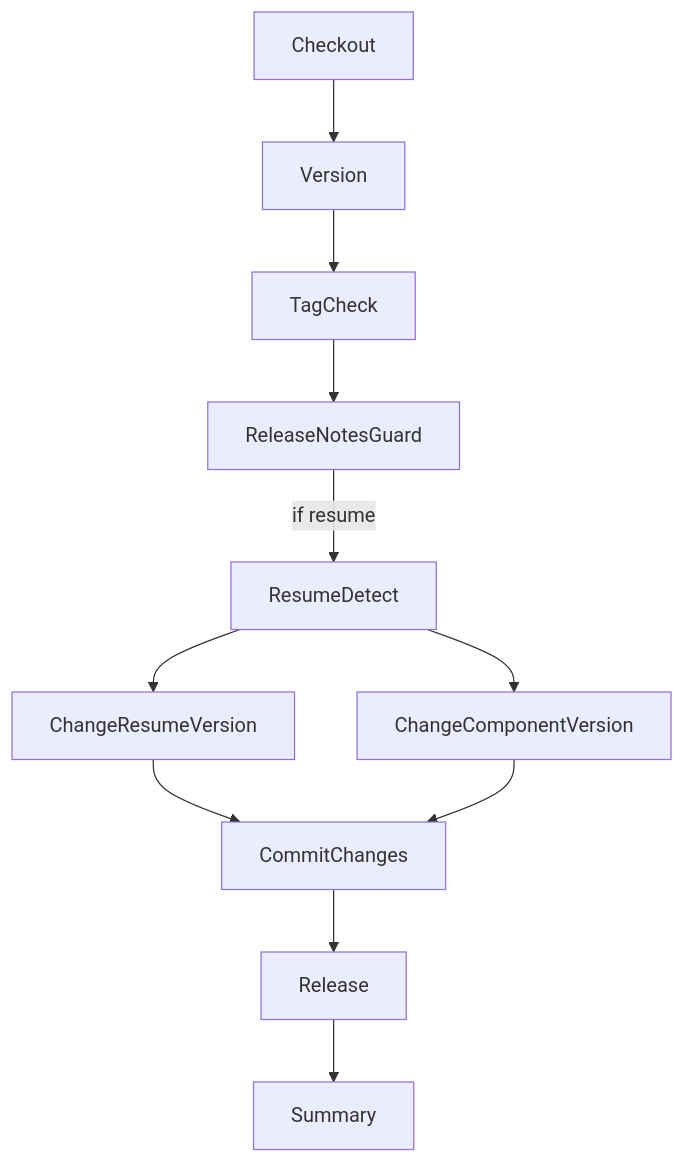
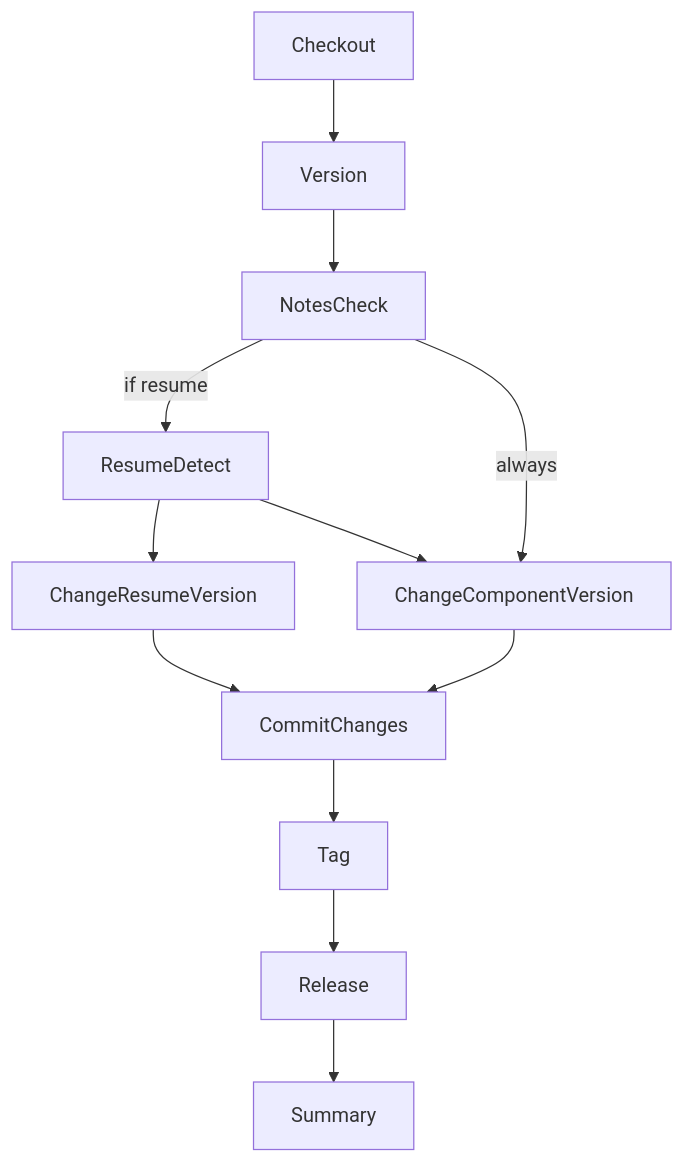
Before and after one commit to Mimis-Gildi/riddle-me-this: the third of 3 diagrams in SECURITY.md, drawn with Mermaid. The commit also changed 4 other files, not shown here.

````diff
--- a/SECURITY.md
+++ b/SECURITY.md
@@ -179,18 +179,18 @@
 ```mermaid
 flowchart TD
   Checkout --> Version
-  Version --> TagCheck
-  TagCheck --> ReleaseNotesGuard
+  Version --> NotesCheck
+  NotesCheck -->|if resume| ResumeDetect
 
-  ReleaseNotesGuard -->|if resume| ResumeDetect
   ResumeDetect --> ChangeResumeVersion
   ResumeDetect --> ChangeComponentVersion
+  NotesCheck -->|always| ChangeComponentVersion
 
   ChangeResumeVersion --> CommitChanges
   ChangeComponentVersion --> CommitChanges
 
-  CommitChanges --> Release
-
+  CommitChanges --> Tag
+  Tag --> Release
   Release --> Summary
 
 ```
````
